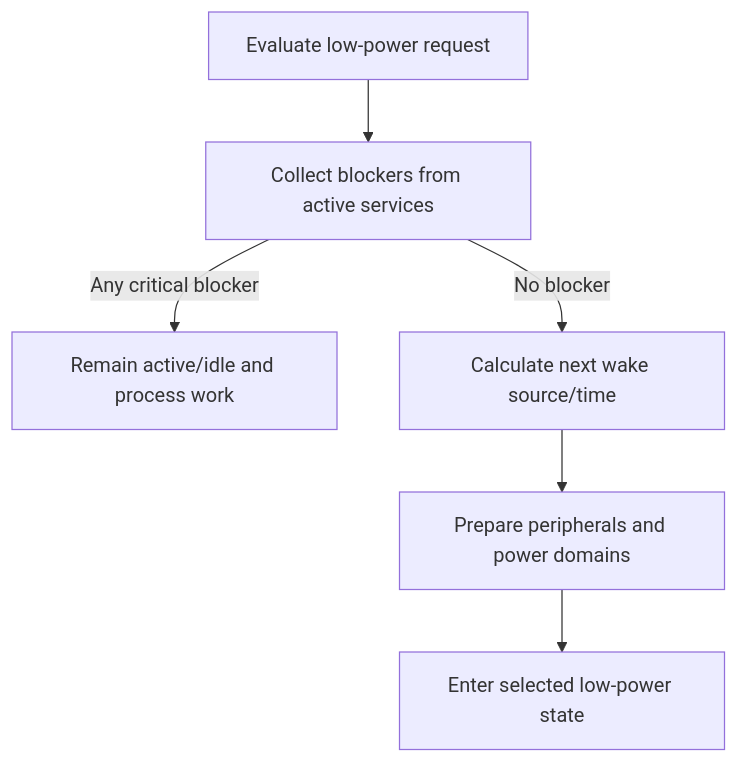
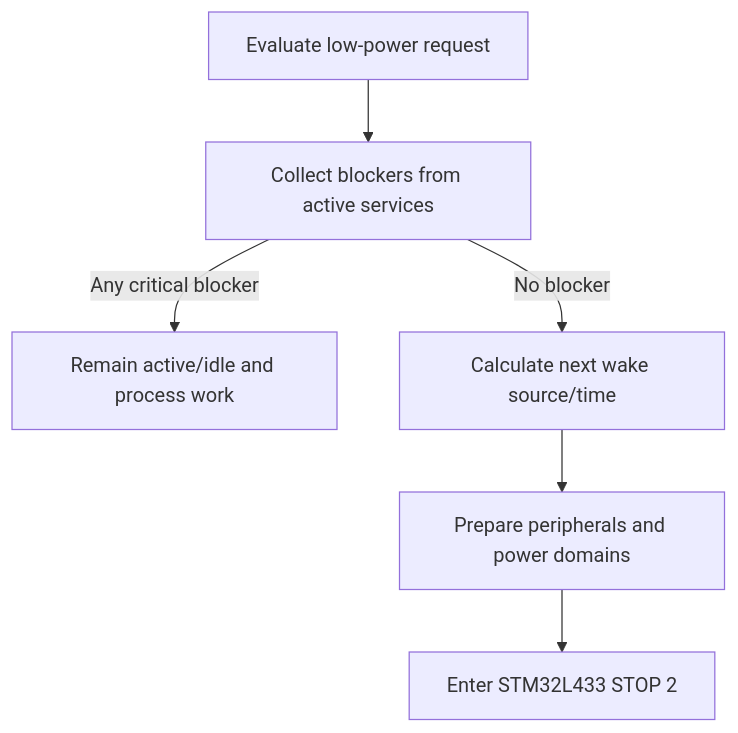
One commit to whoisLePhuc/smart-water-flow-pressure-monitor changed diagram 21 of 23 in 1.docs/00_overview/04_main_operation_flow.md. Above: the diagram before and after it, drawn with Mermaid. The commit also changed other lines of this file and 15 other files, not shown here.

````diff
--- a/1.docs/00_overview/04_main_operation_flow.md
+++ b/1.docs/00_overview/04_main_operation_flow.md
@@ -1103,8 +1103,8 @@
 ```mermaid
 flowchart TD
     EVAL["Evaluate low-power request"] --> BLOCK["Collect blockers from active services"]
     BLOCK -->|"Any critical blocker"| IDLE["Remain active/idle and process work"]
     BLOCK -->|"No blocker"| WAKE["Calculate next wake source/time"]
     WAKE --> PREP["Prepare peripherals and power domains"]
-    PREP --> SLEEP["Enter selected low-power state"]
+    PREP --> SLEEP["Enter STM32L433 STOP 2"]
 ```
````
